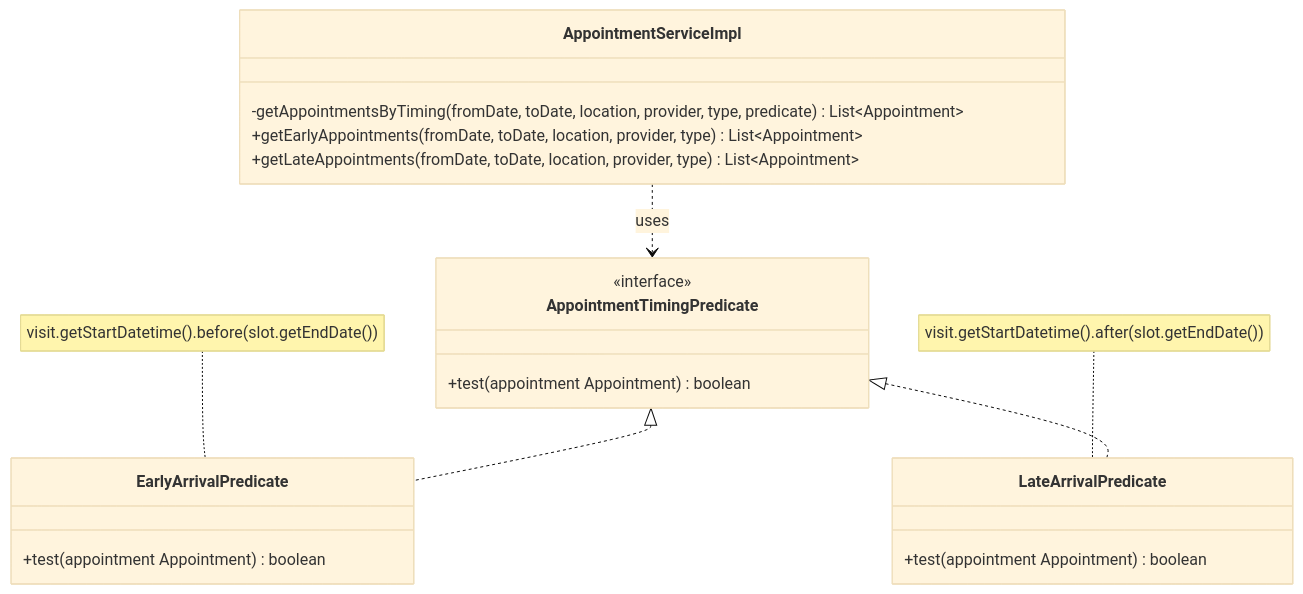
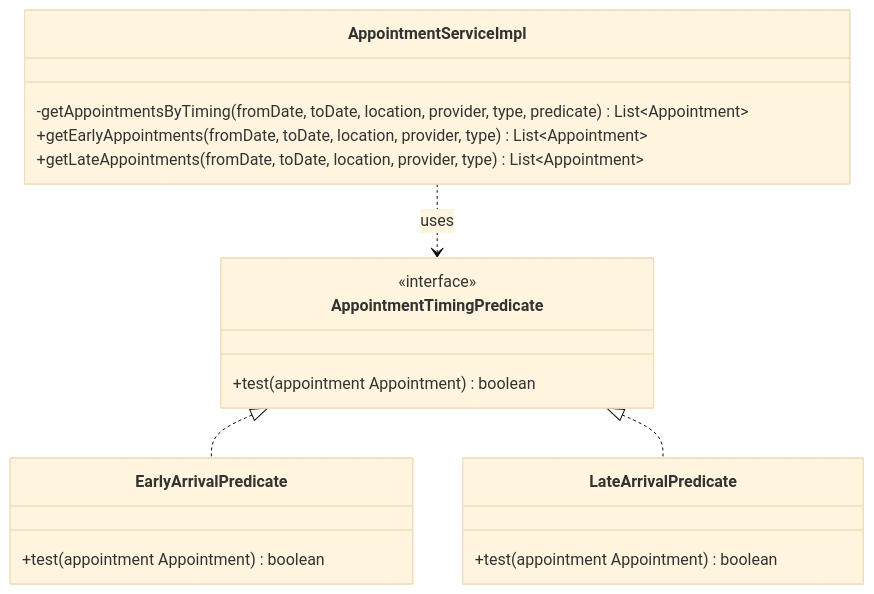
Before and after one commit to Avans-2-4/Documentatie-Avans-2-4: the second of 5 diagrams in content/500 Project/500 Analyses/maintainability-analysis.md, drawn with Mermaid (base theme). The commit also changed other lines of this file, not shown here.

Commit message:
fix diagrams

````diff
--- a/content/500 Project/500 Analyses/maintainability-analysis.md
+++ b/content/500 Project/500 Analyses/maintainability-analysis.md
@@ -168,27 +174,25 @@
 ```mermaid
 classDiagram
     class AppointmentTimingPredicate {
         <<interface>>
         +test(appointment Appointment) boolean
     }
 
     class EarlyArrivalPredicate {
         +test(appointment Appointment) boolean
     }
 
     class LateArrivalPredicate {
         +test(appointment Appointment) boolean
     }
 
     class AppointmentServiceImpl {
         -getAppointmentsByTiming(fromDate, toDate, location, provider, type, predicate) List~Appointment~
         +getEarlyAppointments(fromDate, toDate, location, provider, type) List~Appointment~
         +getLateAppointments(fromDate, toDate, location, provider, type) List~Appointment~
     }
 
     AppointmentTimingPredicate <|.. EarlyArrivalPredicate
     AppointmentTimingPredicate <|.. LateArrivalPredicate
     AppointmentServiceImpl ..> AppointmentTimingPredicate : uses
-    note for EarlyArrivalPredicate "visit.getStartDatetime().before(slot.getEndDate())"
-    note for LateArrivalPredicate "visit.getStartDatetime().after(slot.getEndDate())"
 ```
````
